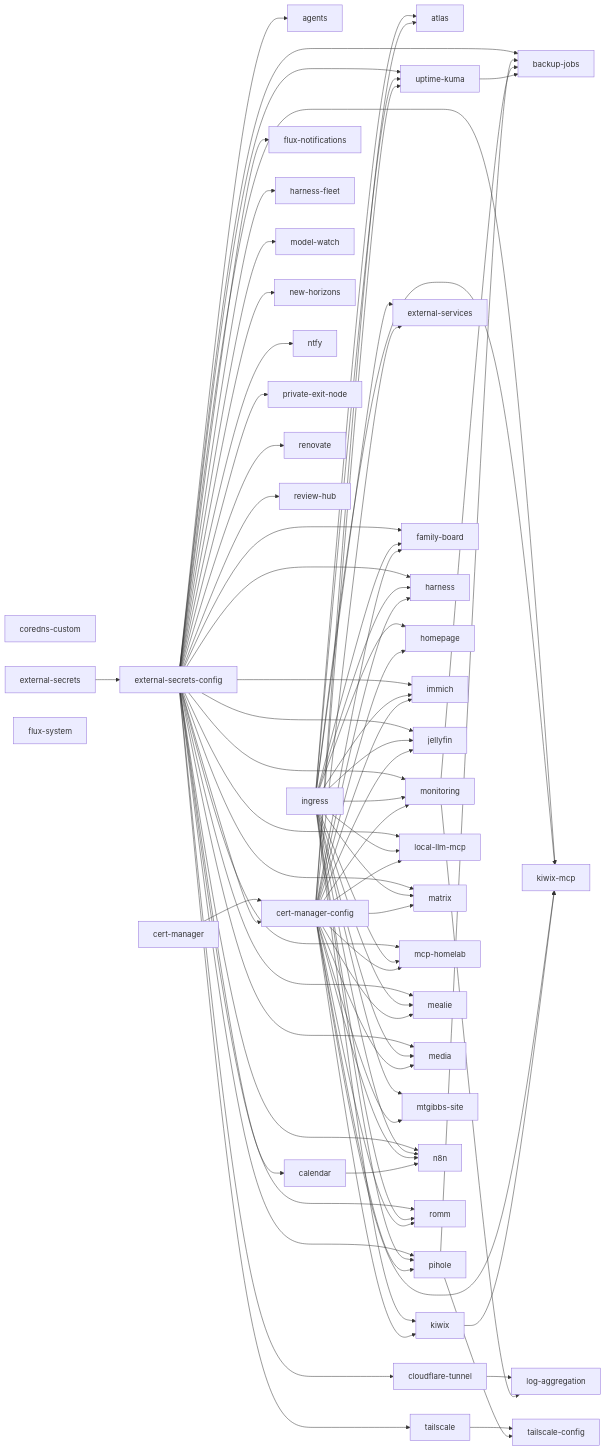
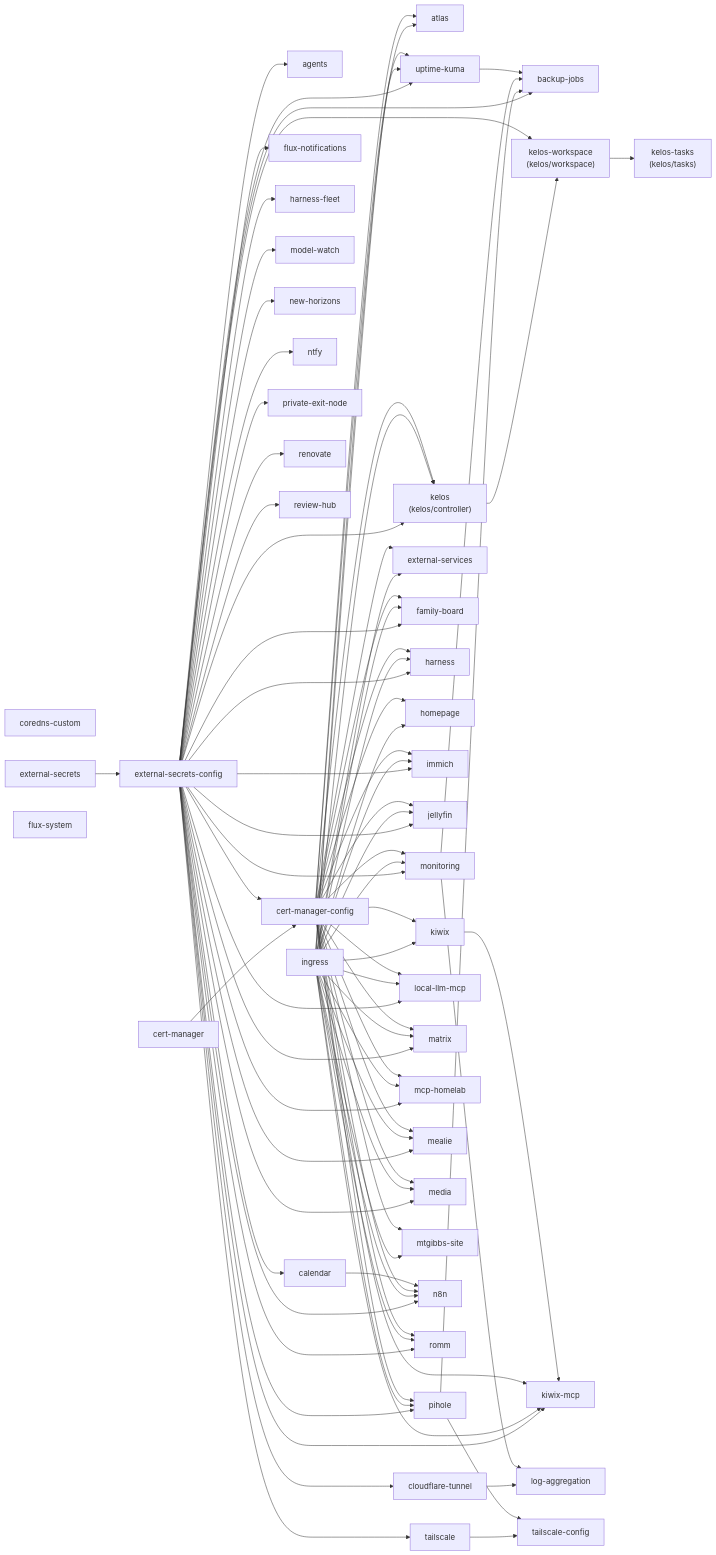
One commit to mtgibbs/pi-cluster changed the diagram in docs/domain-map.md. Above: the diagram before and after it, drawn with Mermaid. The commit also changed other lines of this file and 23 other files, not shown here.

First line of the commit message:
feat(kelos): add Kelos coding-agent controller + console at kelos.lab.mtgibbs.dev

```diff
--- a/docs/domain-map.md
+++ b/docs/domain-map.md
@@ -98,6 +98,15 @@
   k1unc8vb --> k1ce1t9w
   kkuvy6m --> k1ce1t9w
   k19g0j44 --> k1ce1t9w
+  k5004r3["kelos<br/>(kelos/controller)"]
+  k1unc8vb --> k5004r3
+  kkuvy6m --> k5004r3
+  k19g0j44 --> k5004r3
+  kzplbv4["kelos-tasks<br/>(kelos/tasks)"]
+  k1qhv51z["kelos-workspace<br/>(kelos/workspace)"]
+  k1qhv51z --> kzplbv4
+  k5004r3 --> k1qhv51z
+  k1unc8vb --> k1qhv51z
   k502wpt["kiwix"]
   kkuvy6m --> k502wpt
   k19g0j44 --> k502wpt
```
